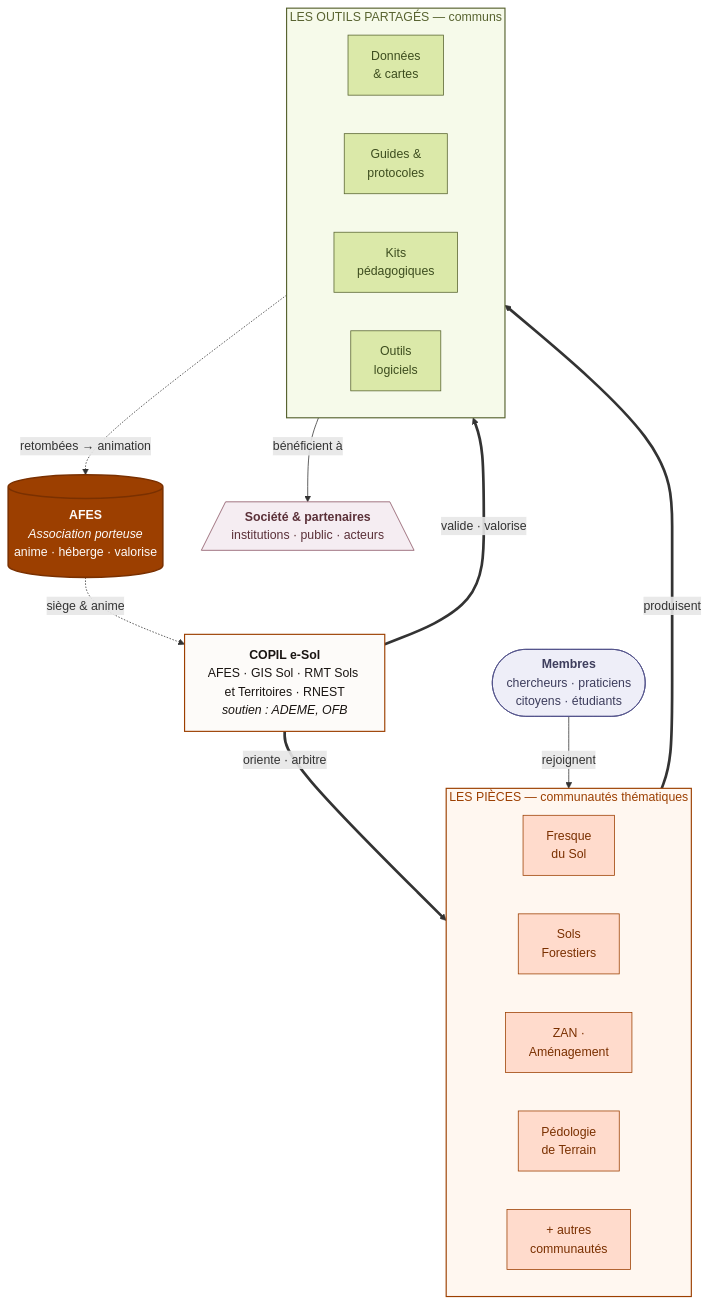
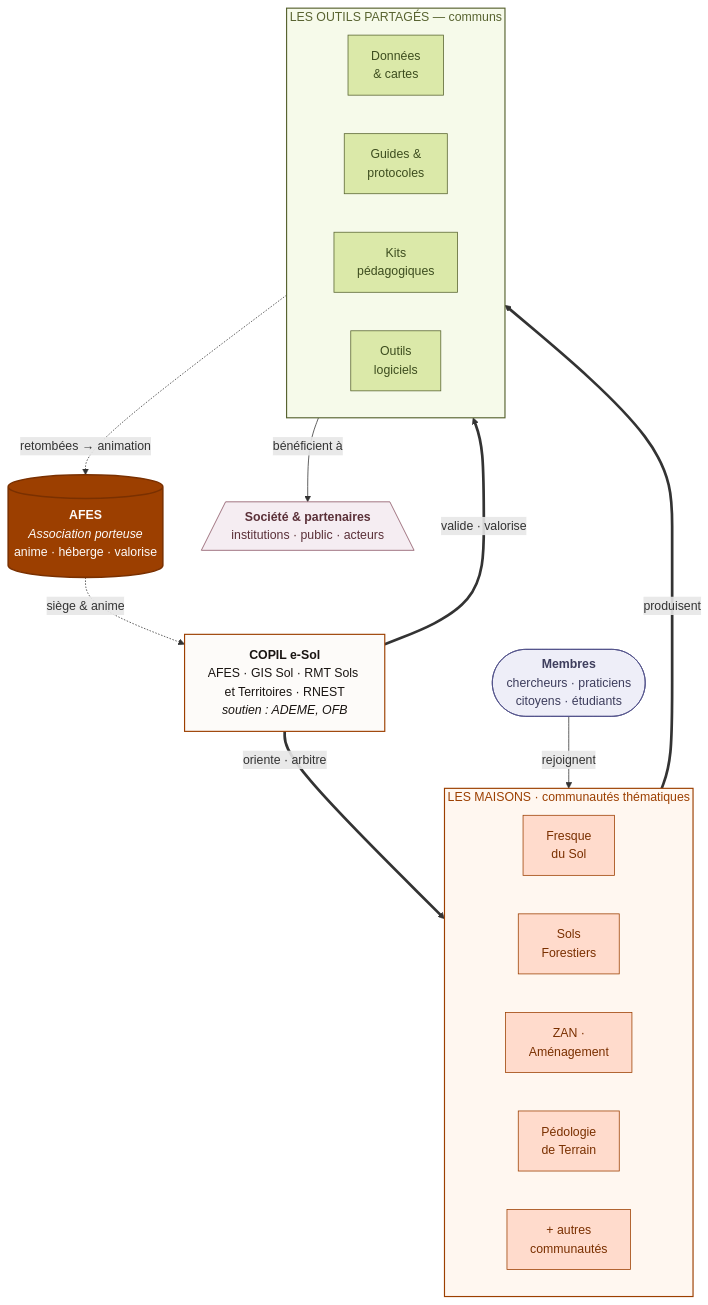
Before and after one commit to ThomasF63/e-sol-demo: the first of 2 diagrams in src/components/diagram-gouvernance.md, drawn with Mermaid. The commit also changed other lines of this file and 27 other files, not shown here.

````diff
--- a/src/components/diagram-gouvernance.md
+++ b/src/components/diagram-gouvernance.md
@@ -8,54 +8,54 @@
 ```mermaid
 flowchart TB
     %% ---------- Nodes ----------
     AFES[("<b>AFES</b><br/><i>Association porteuse</i><br/>anime · héberge · valorise")]
     COPIL["<b>COPIL e-Sol</b><br/>AFES · GIS Sol · RMT Sols et Territoires · RNEST<br/><i>soutien : ADEME, OFB</i>"]
 
-    subgraph PIECES["LES PIÈCES — communautés thématiques"]
+    subgraph MAISONS["LES MAISONS · communautés thématiques"]
       direction LR
       C1["Fresque<br/>du Sol"]
       C2["Sols<br/>Forestiers"]
       C3["ZAN ·<br/>Aménagement"]
       C4["Pédologie<br/>de Terrain"]
       C5["+ autres<br/>communautés"]
     end
 
     subgraph COMMUNS["LES OUTILS PARTAGÉS — communs"]
       direction LR
       K1["Données<br/>&amp; cartes"]
       K2["Guides &amp;<br/>protocoles"]
       K3["Kits<br/>pédagogiques"]
       K4["Outils<br/>logiciels"]
     end
 
     MEMBRES(["<b>Membres</b><br/>chercheurs · praticiens<br/>citoyens · étudiants"])
     SOCIETE[/"<b>Société &amp; partenaires</b><br/>institutions · public · acteurs"\]
 
     %% ---------- Relations ----------
     AFES -. "siège &amp; anime" .-> COPIL
-    COPIL == "oriente · arbitre" ==> PIECES
+    COPIL == "oriente · arbitre" ==> MAISONS
     COPIL == "valide · valorise" ==> COMMUNS
 
-    MEMBRES -- "rejoignent" --> PIECES
-    PIECES == "produisent" ==> COMMUNS
+    MEMBRES -- "rejoignent" --> MAISONS
+    MAISONS == "produisent" ==> COMMUNS
     COMMUNS -- "bénéficient à" --> SOCIETE
     COMMUNS -. "retombées →&nbsp;animation" .-> AFES
 
     %% ---------- Styles ----------
     classDef afes fill:#9c3f00,stroke:#7a3000,color:#fdfbf9,stroke-width:2px
     classDef copil fill:#fdfbf9,stroke:#9c3f00,color:#1a1512,stroke-width:1.5px
     classDef community fill:#ffdbcc,stroke:#9c3f00,color:#7a3000
     classDef commun fill:#dbe9a9,stroke:#586330,color:#3d4d1f
     classDef people fill:#eeeef8,stroke:#4e4e88,color:#3d3d5c
     classDef society fill:#f5edf2,stroke:#885060,color:#5a3038
 
     class AFES afes
     class COPIL copil
     class C1,C2,C3,C4,C5 community
     class K1,K2,K3,K4 commun
     class MEMBRES people
     class SOCIETE society
 
-    style PIECES fill:#fff7f0,stroke:#9c3f00,stroke-width:1.5px,color:#9c3f00
+    style MAISONS fill:#fff7f0,stroke:#9c3f00,stroke-width:1.5px,color:#9c3f00
     style COMMUNS fill:#f6faea,stroke:#586330,stroke-width:1.5px,color:#586330
 ```
````
